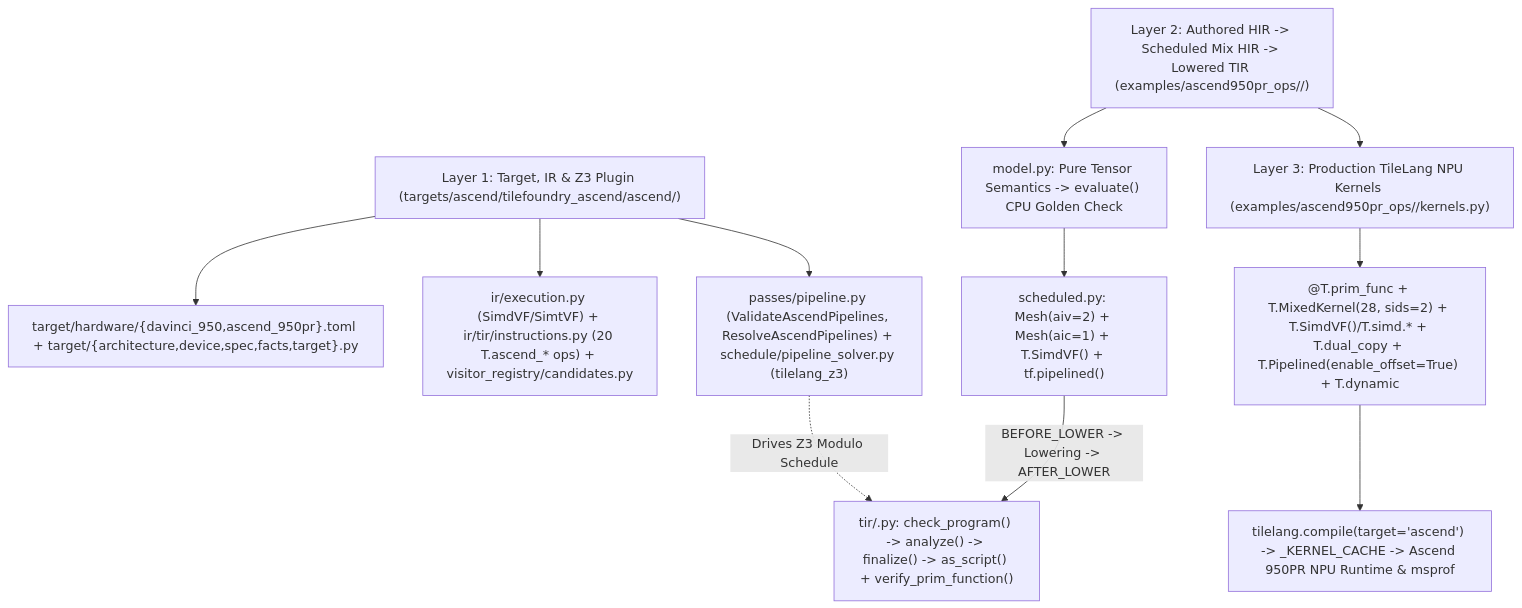
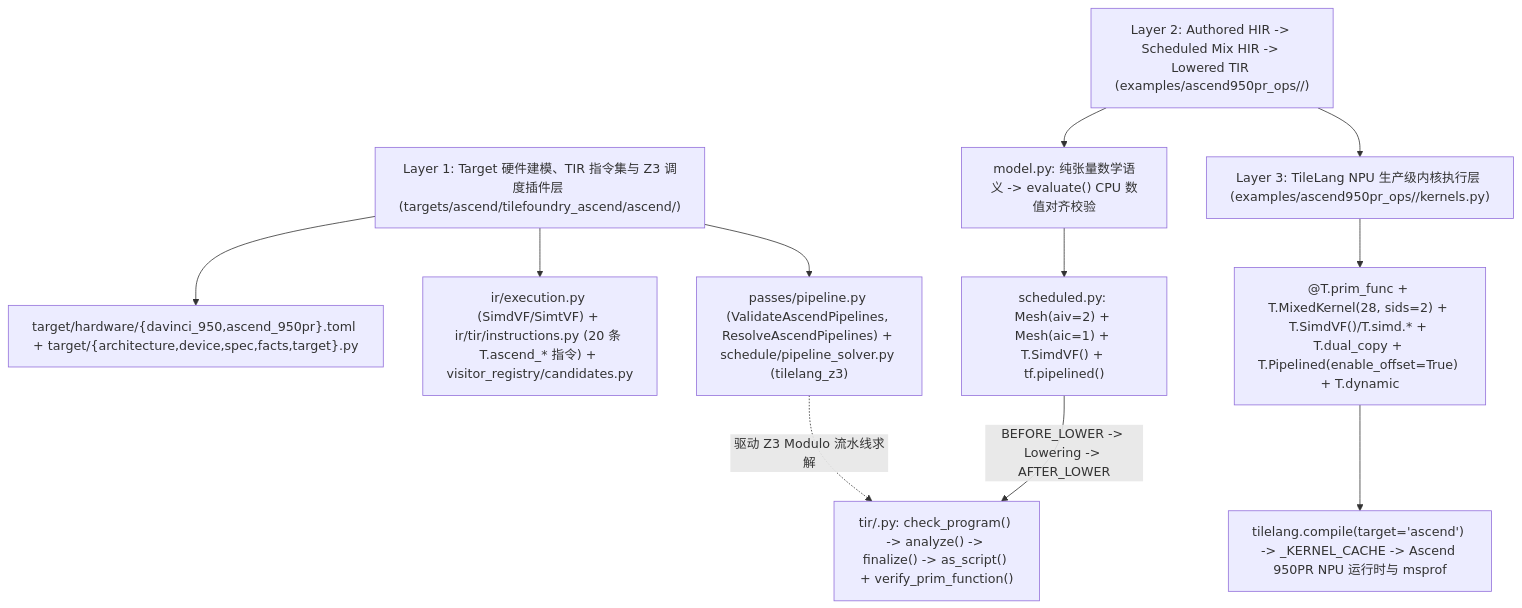
Before and after one commit to jingchangshi/TileFoundry: the first of 2 diagrams in docs/reports/ascend950pr_architecture_and_e2e.md, drawn with Mermaid. The commit also changed other lines of this file and 2 other files, not shown here.

Commit message:
docs(ascend): localize Ascend 950PR architecture, adaptation report, and README to Chinese

````diff
--- a/docs/reports/ascend950pr_architecture_and_e2e.md
+++ b/docs/reports/ascend950pr_architecture_and_e2e.md
@@ -7,27 +7,27 @@
 ```mermaid
 flowchart TD
-    L1["Layer 1: Target, IR & Z3 Plugin (targets/ascend/tilefoundry_ascend/ascend/)"]
+    L1["Layer 1: Target 硬件建模、TIR 指令集与 Z3 调度插件层 (targets/ascend/tilefoundry_ascend/ascend/)"]
     HW["target/hardware/{davinci_950,ascend_950pr}.toml + target/{architecture,device,spec,facts,target}.py"]
-    IR["ir/execution.py (SimdVF/SimtVF) + ir/tir/instructions.py (20 T.ascend_* ops) + visitor_registry/candidates.py"]
+    IR["ir/execution.py (SimdVF/SimtVF) + ir/tir/instructions.py (20 条 T.ascend_* 指令) + visitor_registry/candidates.py"]
     PASS["passes/pipeline.py (ValidateAscendPipelines, ResolveAscendPipelines) + schedule/pipeline_solver.py (tilelang_z3)"]
 
     L2["Layer 2: Authored HIR -> Scheduled Mix HIR -> Lowered TIR (examples/ascend950pr_ops/<op>/)"]
-    MODEL["model.py: Pure Tensor Semantics -> evaluate() CPU Golden Check"]
+    MODEL["model.py: 纯张量数学语义 -> evaluate() CPU 数值对齐校验"]
     SCHED["scheduled.py: Mesh(aiv=2) + Mesh(aic=1) + T.SimdVF() + tf.pipelined()"]
     TIR["tir/<op>.py: check_program() -> analyze() -> finalize() -> as_script() + verify_prim_function()"]
 
-    L3["Layer 3: Production TileLang NPU Kernels (examples/ascend950pr_ops/<op>/kernels.py)"]
+    L3["Layer 3: TileLang NPU 生产级内核执行层 (examples/ascend950pr_ops/<op>/kernels.py)"]
     TLK["@T.prim_func + T.MixedKernel(28, sids=2) + T.SimdVF()/T.simd.* + T.dual_copy + T.Pipelined(enable_offset=True) + T.dynamic"]
-    NPU["tilelang.compile(target='ascend') -> _KERNEL_CACHE -> Ascend 950PR NPU Runtime & msprof"]
+    NPU["tilelang.compile(target='ascend') -> _KERNEL_CACHE -> Ascend 950PR NPU 运行时与 msprof"]
 
     L1 --> HW
     L1 --> IR
     L1 --> PASS
     L2 --> MODEL
     MODEL --> SCHED
     SCHED -->|"BEFORE_LOWER -> Lowering -> AFTER_LOWER"| TIR
-    PASS -.->|"Drives Z3 Modulo Schedule"| TIR
+    PASS -.->|"驱动 Z3 Modulo 流水线求解"| TIR
     L2 --> L3
     L3 --> TLK
     TLK --> NPU
 ```
````
